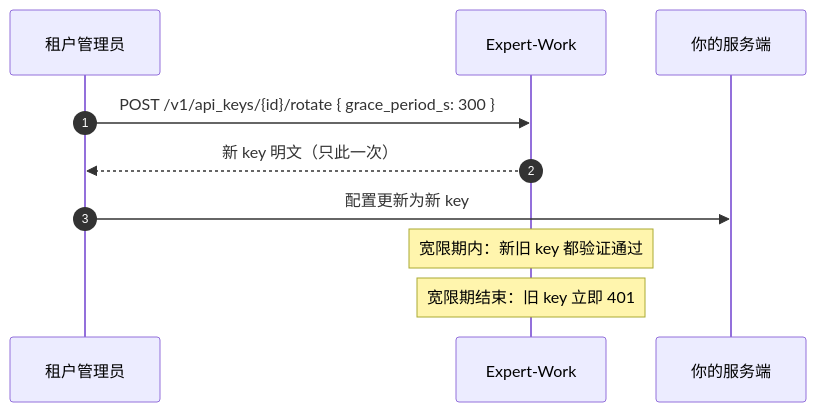
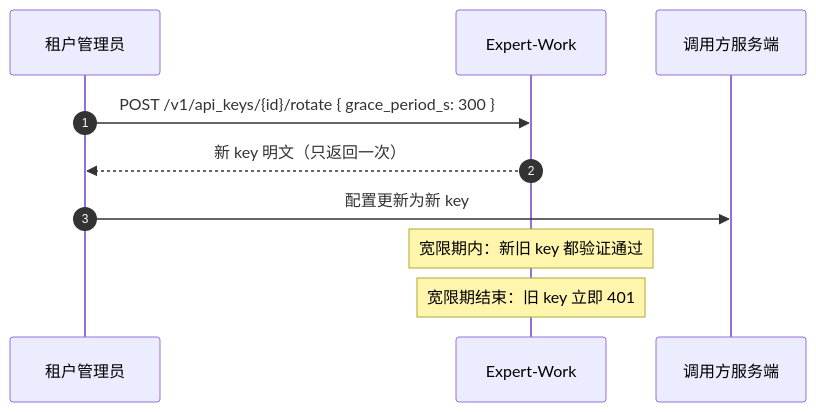
Before and after one commit to deepaihealth/expert-work: the second of 2 diagrams in apps/admin-ui/docs-site/guide/auth.md, drawn with Mermaid. The commit also changed other lines of this file and 2 other files, not shown here.

````diff
--- a/apps/admin-ui/docs-site/guide/auth.md
+++ b/apps/admin-ui/docs-site/guide/auth.md
@@ -97,13 +97,13 @@
 ```mermaid
 sequenceDiagram
     autonumber
     participant A as 租户管理员
     participant E as Expert-Work
-    participant S as 你的服务端
+    participant S as 调用方服务端
 
     A->>E: POST /v1/api_keys/{id}/rotate { grace_period_s: 300 }
-    E-->>A: 新 key 明文（只此一次）
+    E-->>A: 新 key 明文（只返回一次）
     A->>S: 配置更新为新 key
     Note over E: 宽限期内：新旧 key 都验证通过
     Note over E: 宽限期结束：旧 key 立即 401
 ```
````
